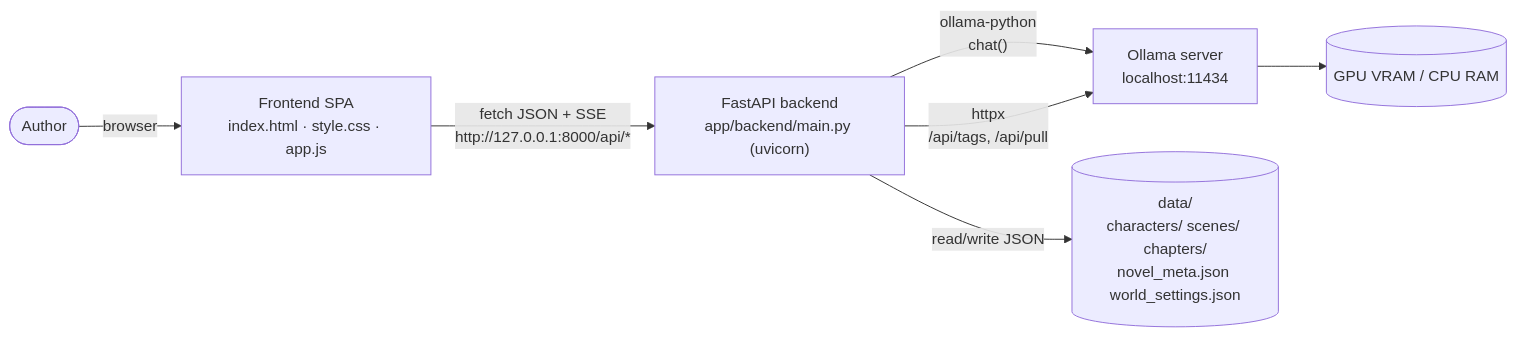
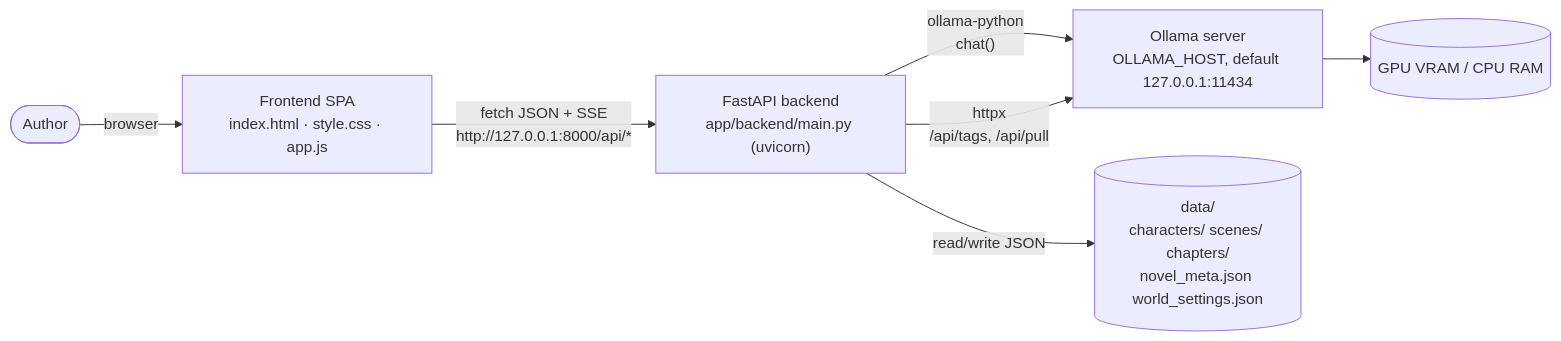
Before and after one commit to Tejasva-Maurya/AI_Writer: the first of 3 diagrams in docs/technical/01-overview-and-architecture.md, drawn with Mermaid. The commit also changed other lines of this file and 19 other files, not shown here.

````diff
--- a/docs/technical/01-overview-and-architecture.md
+++ b/docs/technical/01-overview-and-architecture.md
@@ -64,9 +64,9 @@
 ```mermaid
 flowchart LR
     U([Author]) -->|browser| FE["Frontend SPA<br/>index.html · style.css · app.js"]
     FE -->|"fetch JSON + SSE<br/>http://127.0.0.1:8000/api/*"| BE["FastAPI backend<br/>app/backend/main.py (uvicorn)"]
-    BE -->|"ollama-python<br/>chat()"| OL["Ollama server<br/>localhost:11434"]
+    BE -->|"ollama-python<br/>chat()"| OL["Ollama server<br/>OLLAMA_HOST, default 127.0.0.1:11434"]
     BE -->|"httpx<br/>/api/tags, /api/pull"| OL
     OL --> GPU[(GPU VRAM / CPU RAM)]
     BE -->|"read/write JSON"| FS[("data/<br/>characters/ scenes/ chapters/<br/>novel_meta.json world_settings.json")]
 ```
````
